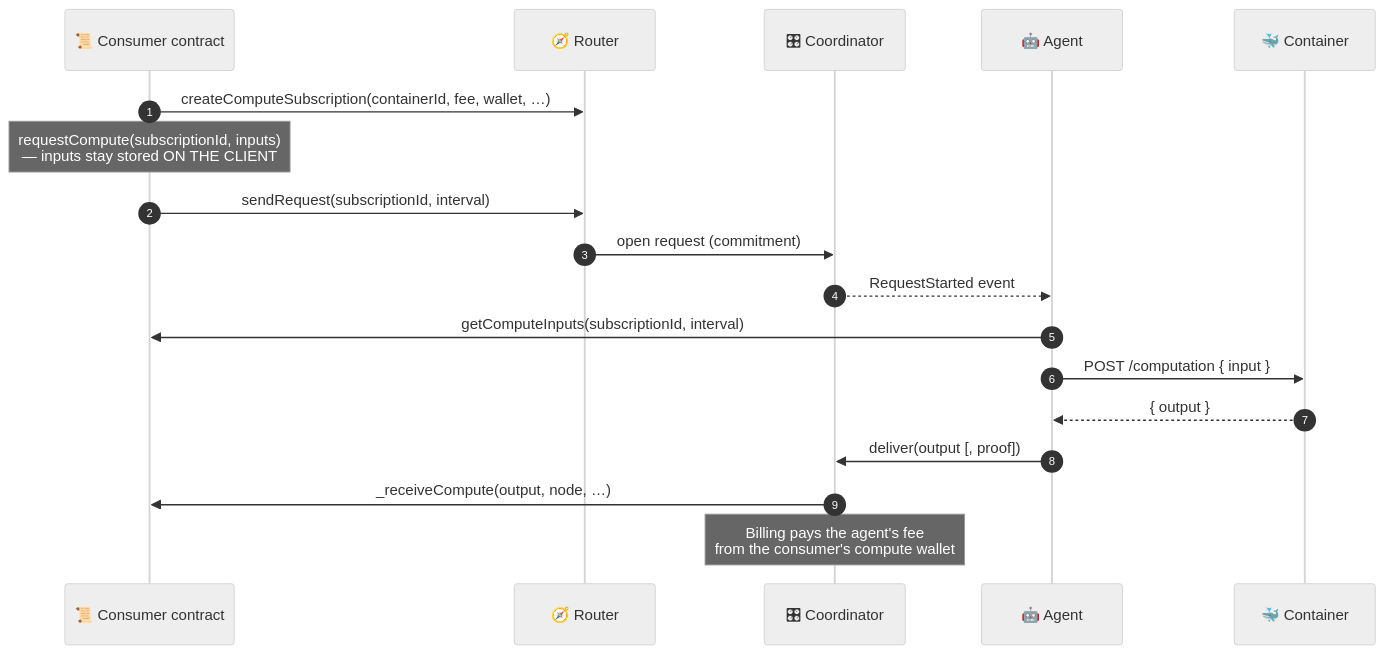
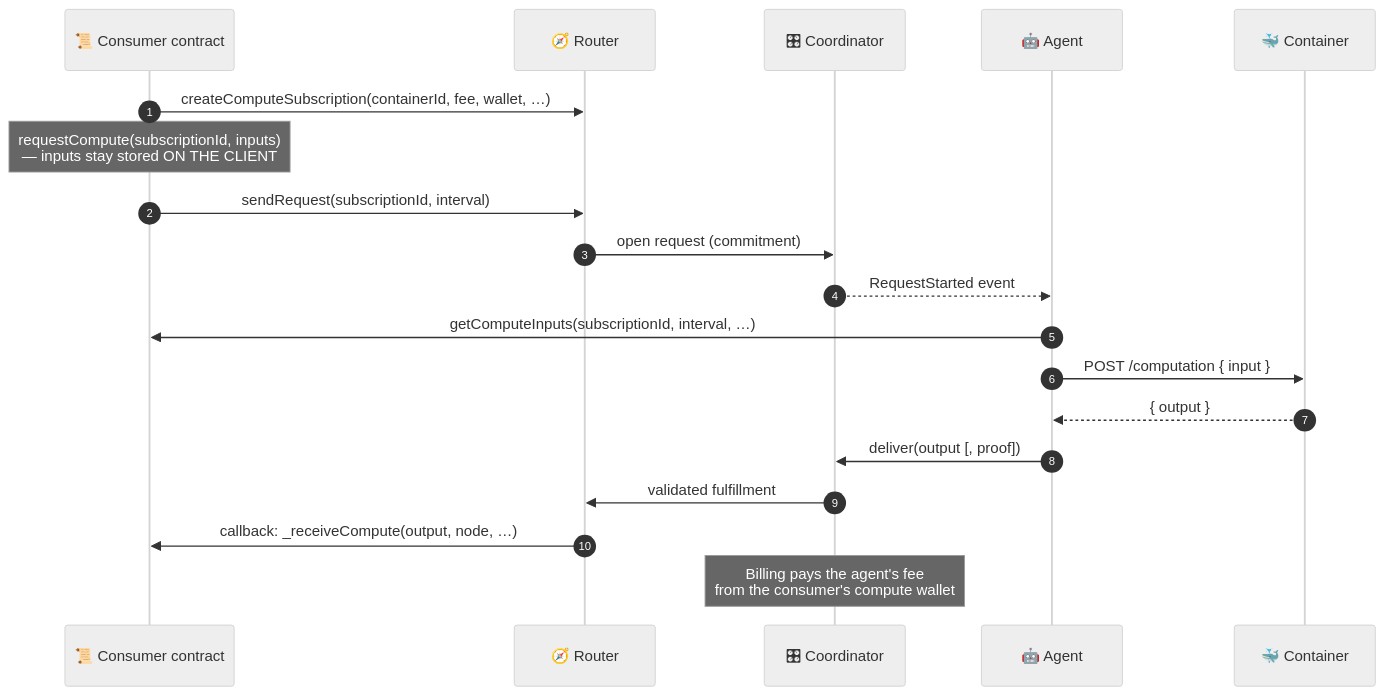
The first of 2 diagrams in noosphere/how-it-works.md (hpp-io/docs), drawn with Mermaid (neutral theme) before and after one commit. The commit also changed other lines of this file and 7 other files, not shown here.

````diff
--- a/noosphere/how-it-works.md
+++ b/noosphere/how-it-works.md
@@ -34,20 +35,21 @@
 ```mermaid
 sequenceDiagram
     autonumber
     participant C as 📜 Consumer contract
     participant R as 🧭 Router
     participant K as 🎛 Coordinator
     participant A as 🤖 Agent
     participant D as 🐳 Container
     C->>R: createComputeSubscription(containerId, fee, wallet, …)
     Note over C: requestCompute(subscriptionId, inputs)<br/>— inputs stay stored ON THE CLIENT
     C->>R: sendRequest(subscriptionId, interval)
     R->>K: open request (commitment)
     K-->>A: RequestStarted event
-    A->>C: getComputeInputs(subscriptionId, interval)
+    A->>C: getComputeInputs(subscriptionId, interval, …)
     A->>D: POST /computation { input }
     D-->>A: { output }
     A->>K: deliver(output [, proof])
-    K->>C: _receiveCompute(output, node, …)
+    K->>R: validated fulfillment
+    R->>C: callback: _receiveCompute(output, node, …)
     Note over K: Billing pays the agent's fee<br/>from the consumer's compute wallet
 ```
````
